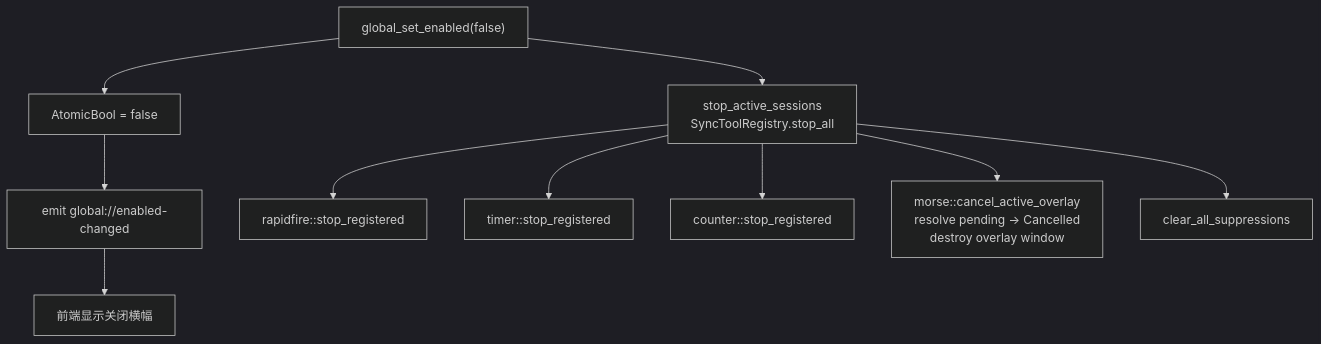
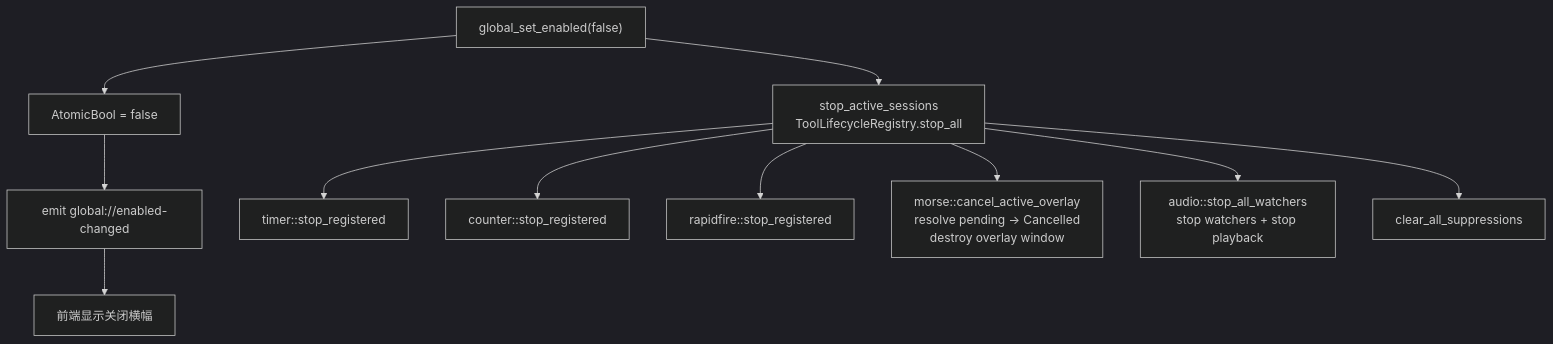
The diagram in droid-wiki/systems/global-state.md (IZRINO/delta-auto-tools), drawn with Mermaid (dark theme) before and after one commit. The commit also changed other lines of this file and 4 other files, not shown here.

First line of the commit message:
架构深化：新增 ToolLifecycleRegistry 统一所有工具停止入口

````diff
--- a/droid-wiki/systems/global-state.md
+++ b/droid-wiki/systems/global-state.md
@@ -7,12 +7,13 @@
 ```mermaid
 graph TD
     SwitchOff["global_set_enabled(false)"] --> Store["AtomicBool = false"]
     Store --> Emit["emit global://enabled-changed"]
     Emit --> Frontend["前端显示关闭横幅"]
-    SwitchOff --> Stop["stop_active_sessions<br/>SyncToolRegistry.stop_all"]
-    Stop --> RF["rapidfire::stop_registered"]
+    SwitchOff --> Stop["stop_active_sessions<br/>ToolLifecycleRegistry.stop_all"]
     Stop --> T["timer::stop_registered"]
     Stop --> C["counter::stop_registered"]
+    Stop --> RF["rapidfire::stop_registered"]
     Stop --> MorseCancel["morse::cancel_active_overlay<br/>resolve pending → Cancelled<br/>destroy overlay window"]
+    Stop --> Audio["audio::stop_all_watchers<br/>stop watchers + stop playback"]
     Stop --> Clear["clear_all_suppressions"]
 ```
````
